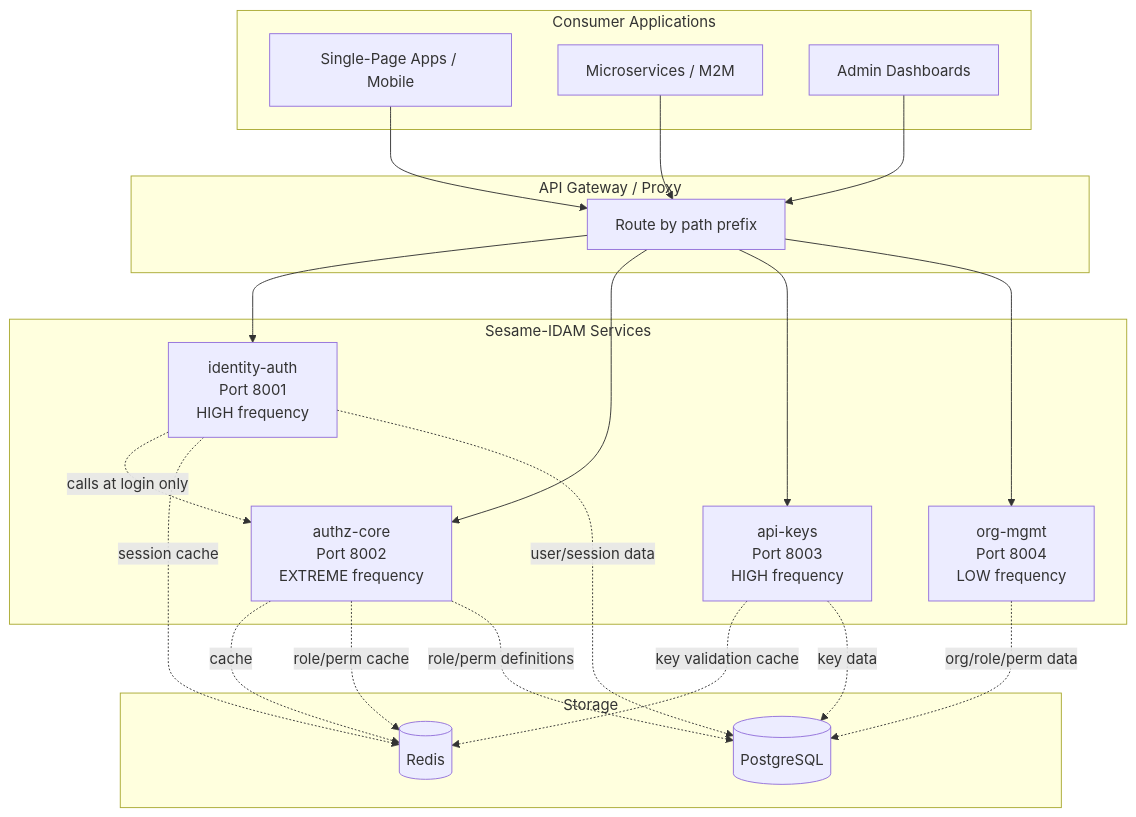
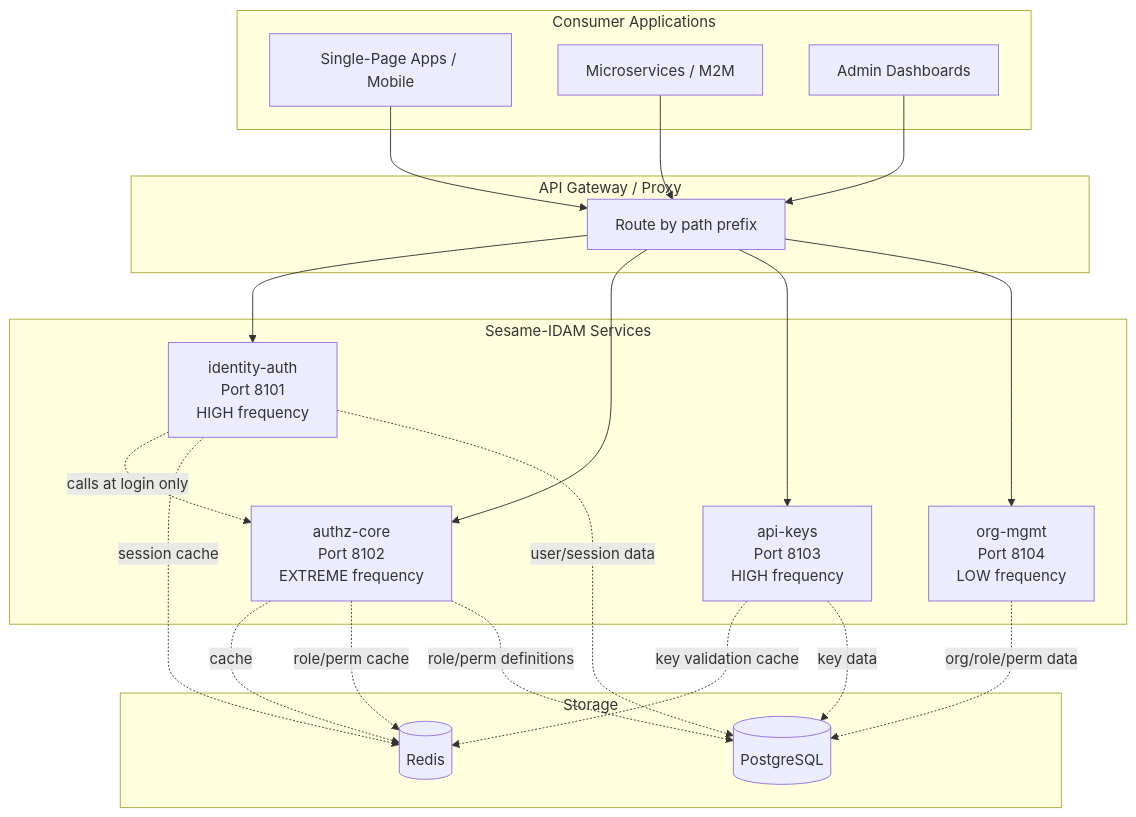
One commit to microscaler/sesame-idam changed the first of 6 diagrams in docs/service-topology-design.md. Above: the diagram before and after it, drawn with Mermaid. The commit also changed other lines of this file and 424 other files, not shown here.

````diff
--- a/docs/service-topology-design.md
+++ b/docs/service-topology-design.md
@@ -42,42 +42,42 @@
 ```mermaid
 graph TB
     subgraph "Consumer Applications"
         SPA[Single-Page Apps / Mobile]
         Microsvc[Microservices / M2M]
         Admin[Admin Dashboards]
     end
 
     subgraph "API Gateway / Proxy"
         Proxy[Route by path prefix]
     end
 
     subgraph "Sesame-IDAM Services"
-        IA[identity-auth<br/>Port 8001<br/>HIGH frequency]
-        AC[authz-core<br/>Port 8002<br/>EXTREME frequency]
-        AK[api-keys<br/>Port 8003<br/>HIGH frequency]
-        OM[org-mgmt<br/>Port 8004<br/>LOW frequency]
+        IA[identity-auth<br/>Port 8101<br/>HIGH frequency]
+        AC[authz-core<br/>Port 8102<br/>EXTREME frequency]
+        AK[api-keys<br/>Port 8103<br/>HIGH frequency]
+        OM[org-mgmt<br/>Port 8104<br/>LOW frequency]
     end
 
     subgraph "Storage"
         PG[(PostgreSQL)]
         Redis[(Redis)]
     end
 
     SPA --> Proxy
     Microsvc --> Proxy
     Admin --> Proxy
     Proxy --> IA
     Proxy --> AC
     Proxy --> AK
     Proxy --> OM
 
     IA -. calls at login only .-> AC
     AC -. cache .-> Redis
     IA -. session cache .-> Redis
     AC -. role/perm cache .-> Redis
     AK -. key validation cache .-> Redis
     IA -. user/session data .-> PG
     AC -. role/perm definitions .-> PG
     AK -. key data .-> PG
     OM -. org/role/perm data .-> PG
 ```
````
